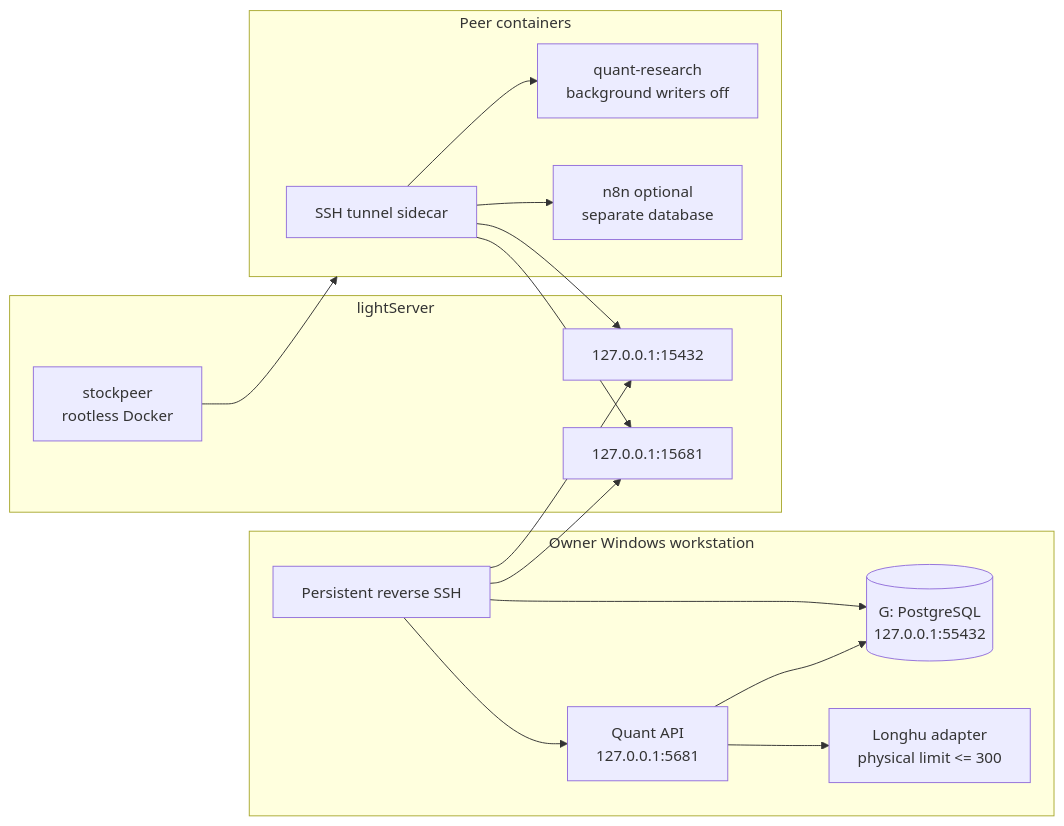
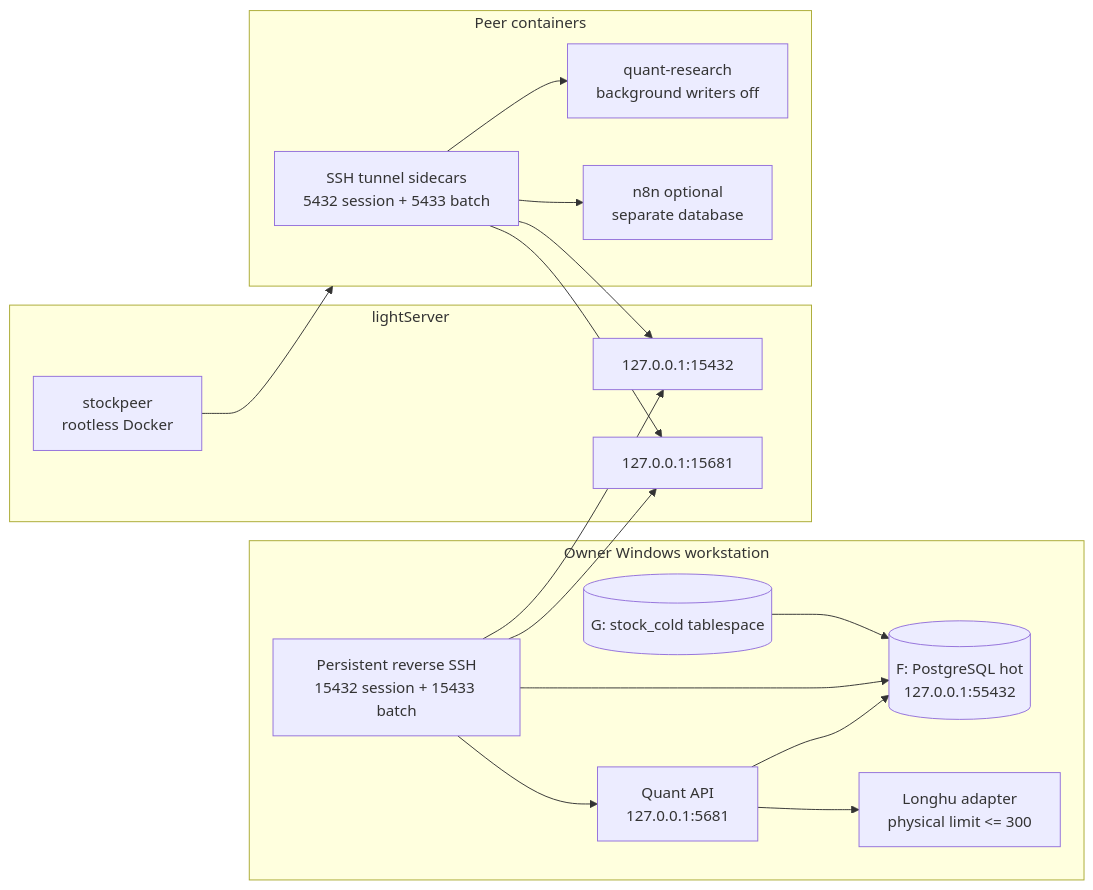
The diagram in docs/SHARED_PEER_RUNTIME.md (woshipapa/trading_hareness), drawn with Mermaid before and after one commit. The commit also changed other lines of this file and 230 other files, not shown here.

````diff
--- a/docs/SHARED_PEER_RUNTIME.md
+++ b/docs/SHARED_PEER_RUNTIME.md
@@ -17,33 +18,35 @@
 ```mermaid
 flowchart LR
   subgraph Owner[Owner Windows workstation]
-    PG[(G: PostgreSQL\n127.0.0.1:55432)]
+    PG[(F: PostgreSQL hot\n127.0.0.1:55432)]
+    COLD[(G: stock_cold tablespace)]
     API[Quant API\n127.0.0.1:5681]
     LH[Longhu adapter\nphysical limit <= 300]
-    TUN[Persistent reverse SSH]
+    TUN[Persistent reverse SSH\n15432 session + 15433 batch]
     API --> PG
     API --> LH
     TUN --> PG
     TUN --> API
   end
 
   subgraph Relay[lightServer]
     DBR[127.0.0.1:15432]
     APIR[127.0.0.1:15681]
     ROOTLESS[stockpeer\nrootless Docker]
   end
 
   subgraph Peer[Peer containers]
-    PTUN[SSH tunnel sidecar]
+    PTUN[SSH tunnel sidecars\n5432 session + 5433 batch]
     Q[quant-research\nbackground writers off]
     N[n8n optional\nseparate database]
     PTUN --> Q
     PTUN --> N
   end
 
   TUN --> DBR
+  COLD --> PG
   TUN --> APIR
   ROOTLESS --> Peer
   PTUN --> DBR
   PTUN --> APIR
 ```
````
